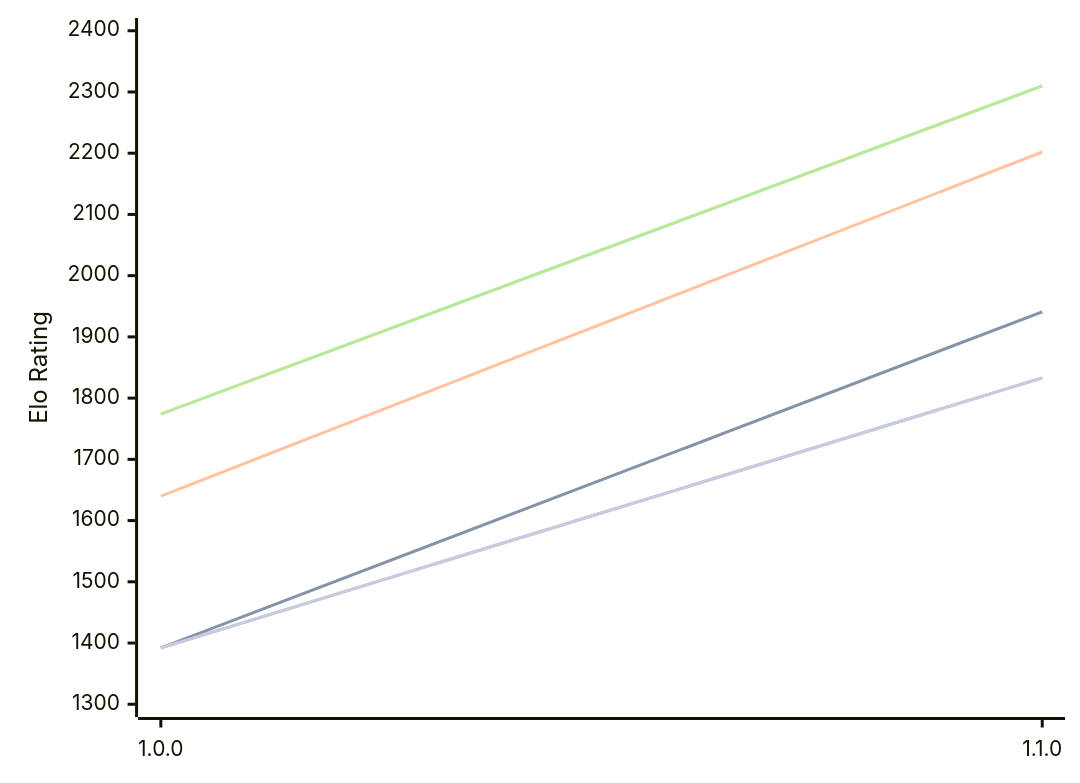
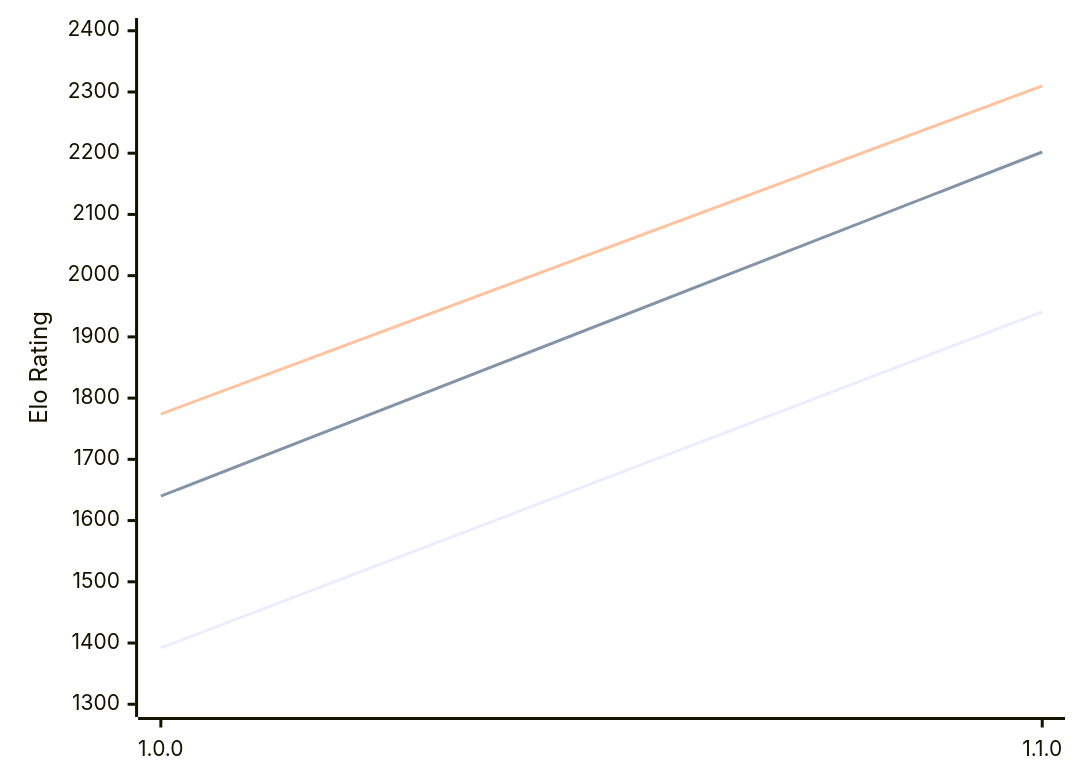
Before and after one commit to computer-chess-index/cci: the diagram in engines/Akerbeltz.md, drawn with Mermaid. The commit also changed other lines of this file, not shown here.

````diff
--- a/engines/Akerbeltz.md
+++ b/engines/Akerbeltz.md
@@ -48,13 +48,9 @@
 ```mermaid
 %%{init: {"theme":"base","themeVariables":{"seriesColors:['#a3a3a3','#222221','#faa371']}}}%%
 xychart-beta
   x-axis ["1.0.0", "1.1.0"]
   y-axis "Elo Rating" 1300 --> 2400
-  line "" [1392, 1941]
   line "T1: STC (8.0+0.08s)" [1392, 1941]
   line "T1: LTC (60.0+0.60s)" [1640, 2202]
-  line "" [1774, 2310]
   line "T1: VLTC (2m24s+1.12s)" [1774, 2310]
-  line "" [1392,1833]
-  line "E1: STC (8.0+0.08s)" [1392,1833]
 ```
````
